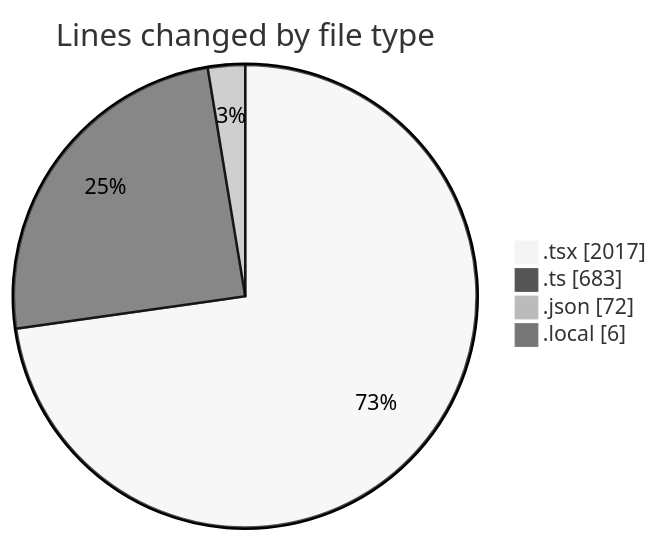
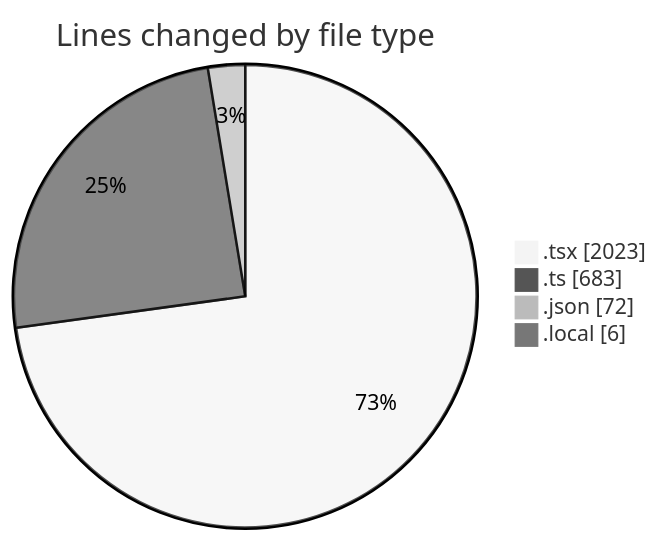
Before and after one commit to julien-gomy/code-tracking: the first of 2 diagrams in 2025-10-21/eventscop-frontend-guide__workspace_/README.md, drawn with Mermaid (neutral theme). The commit also changed other lines of this file and 1 other file, not shown here.

````diff
--- a/2025-10-21/eventscop-frontend-guide__workspace_/README.md
+++ b/2025-10-21/eventscop-frontend-guide__workspace_/README.md
@@ -52,8 +52,8 @@
 ```mermaid
 pie showData
 title Lines changed by file type
-".tsx" : 2017
+".tsx" : 2023
 ".ts" : 683
 ".json" : 72
 ".local" : 6
 ```
````
